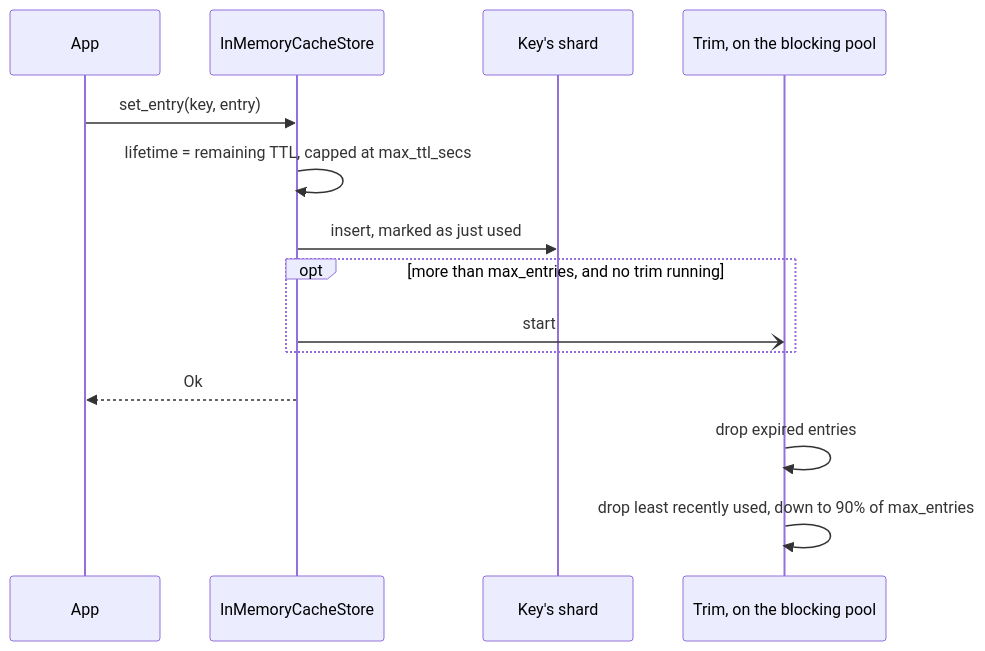
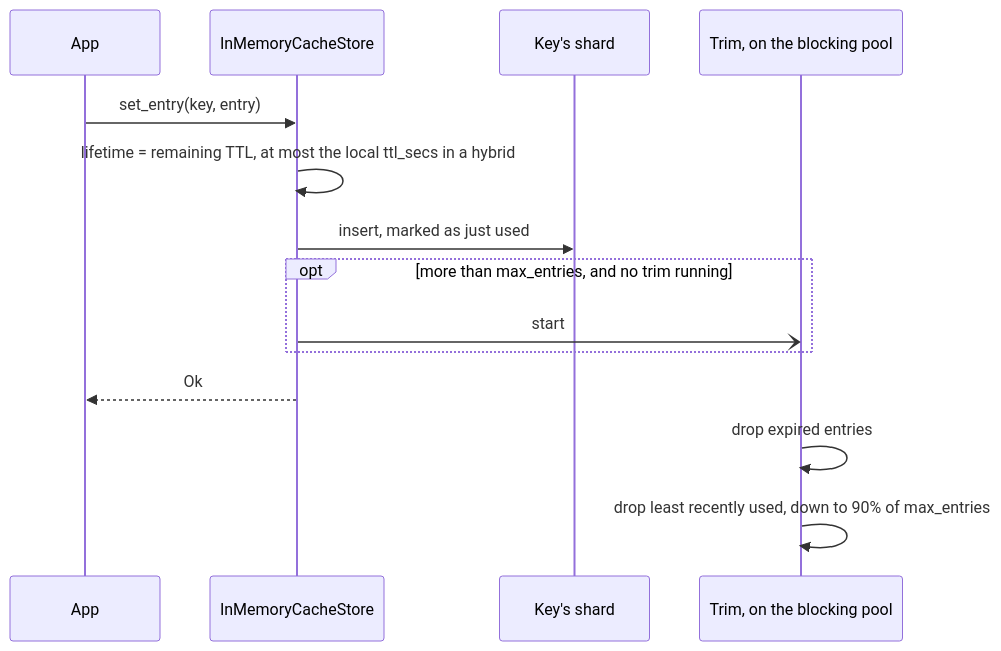
One commit to sisaio/sisa-caching-rs changed the second of 8 diagrams in docs/02-flows.md. Above: the diagram before and after it, drawn with Mermaid. The commit also changed 17 other files, not shown here.

First line of the commit message:
refactor!: rename ttl_secs and make the hybrid's local TTL required

````diff
--- a/docs/02-flows.md
+++ b/docs/02-flows.md
@@ -63,17 +63,17 @@
 ```mermaid
 sequenceDiagram
     participant App
     participant Store as InMemoryCacheStore
     participant Shard as Key's shard
     participant Trim as Trim, on the blocking pool
 
     App->>Store: set_entry(key, entry)
-    Store->>Store: lifetime = remaining TTL, capped at max_ttl_secs
+    Store->>Store: lifetime = remaining TTL, at most the local ttl_secs in a hybrid
     Store->>Shard: insert, marked as just used
     opt more than max_entries, and no trim running
         Store-)Trim: start
     end
     Store-->>App: Ok
     Trim->>Trim: drop expired entries
     Trim->>Trim: drop least recently used, down to 90% of max_entries
 ```
````
